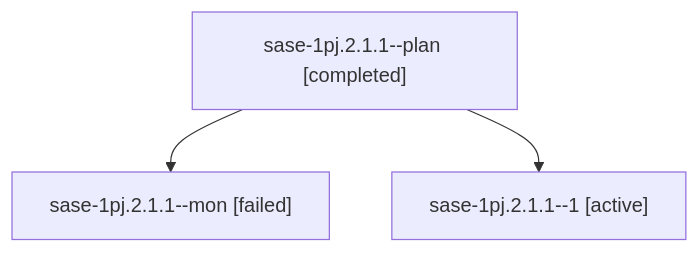
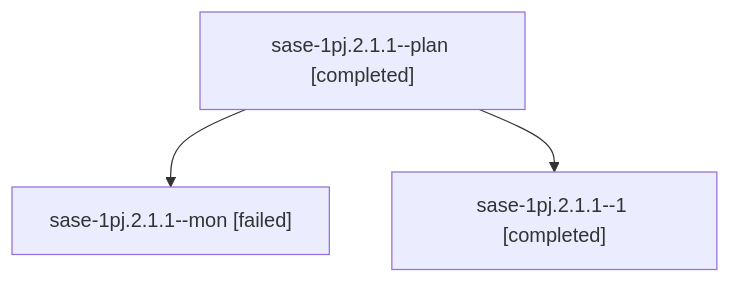
The diagram in sessions/bbugyi200.athena.sase-1pj.2.1.1.md (sase-org/sase--agents), drawn with Mermaid before and after one commit. The commit also changed other lines of this file and 141 other files, not shown here.

````diff
--- a/sessions/bbugyi200.athena.sase-1pj.2.1.1.md
+++ b/sessions/bbugyi200.athena.sase-1pj.2.1.1.md
@@ -9,8 +9,8 @@
 ```mermaid
 flowchart TD
   n0["sase-1pj.2.1.1--plan [completed]"]
   n1["sase-1pj.2.1.1--mon [failed]"]
   n0 --> n1
-  n2["sase-1pj.2.1.1--1 [active]"]
+  n2["sase-1pj.2.1.1--1 [completed]"]
   n0 --> n2
 ```
````
